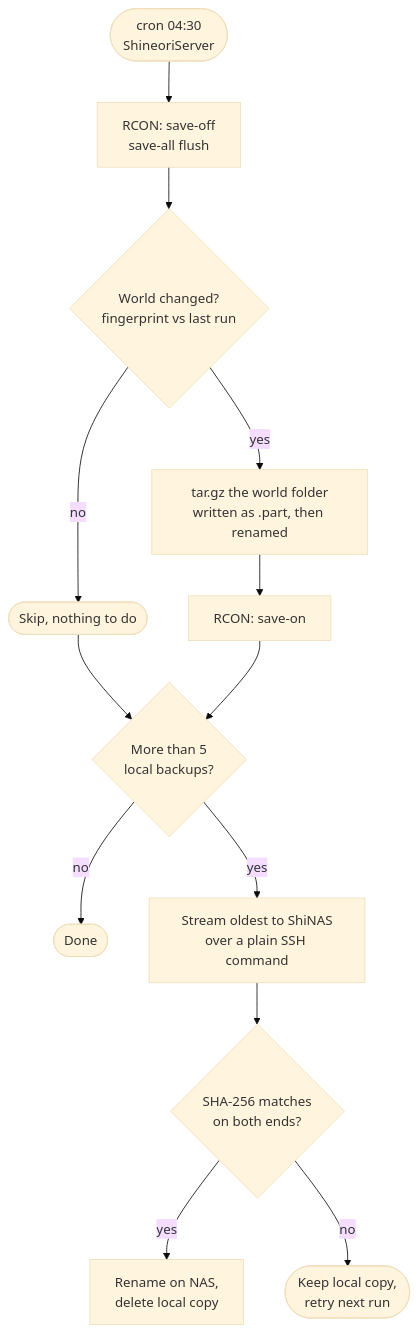
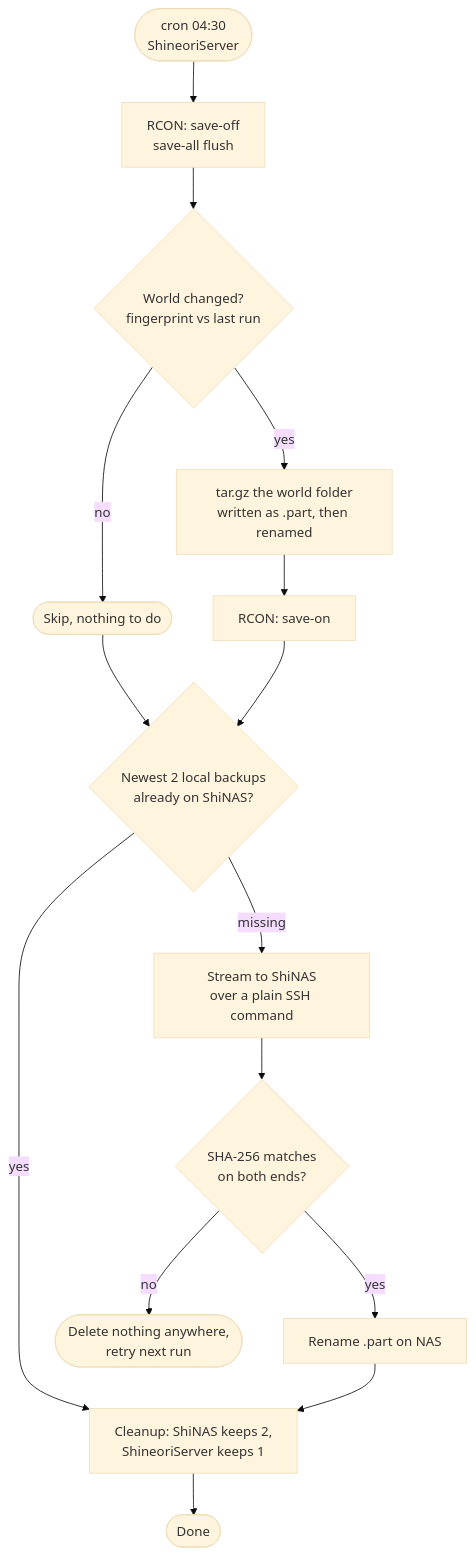
The diagram in docs/infrastructure/minecraft-backups.md (Shineori/homelab), drawn with Mermaid (base theme) before and after one commit. The commit also changed other lines of this file and 16 other files, not shown here.

First line of the commit message:
Backups: 3-2-1 done (PC + iCloud copy), Authentik backed up, 1-year retention; addy behind Cloudflare Access

````diff
--- a/docs/infrastructure/minecraft-backups.md
+++ b/docs/infrastructure/minecraft-backups.md
@@ -24,15 +26,16 @@
 ```mermaid
 flowchart TD
     cron([cron 04:30<br/>ShineoriServer]) --> flush[RCON: save-off<br/>save-all flush]
     flush --> fp{World changed?<br/>fingerprint vs last run}
     fp -- no --> skip([Skip, nothing to do])
     fp -- yes --> tar[tar.gz the world folder<br/>written as .part, then renamed]
     tar --> on[RCON: save-on]
-    skip --> rot
-    on --> rot{More than 5<br/>local backups?}
-    rot -- no --> done([Done])
-    rot -- yes --> up[Stream oldest to ShiNAS<br/>over a plain SSH command]
+    skip --> sync
+    on --> sync{Newest 2 local backups<br/>already on ShiNAS?}
+    sync -- yes --> clean
+    sync -- missing --> up[Stream to ShiNAS<br/>over a plain SSH command]
     up --> ver{SHA-256 matches<br/>on both ends?}
-    ver -- yes --> del[Rename on NAS,<br/>delete local copy]
-    ver -- no --> keep([Keep local copy,<br/>retry next run])
+    ver -- yes --> ren[Rename .part on NAS] --> clean[Cleanup: ShiNAS keeps 2,<br/>ShineoriServer keeps 1]
+    ver -- no --> keep([Delete nothing anywhere,<br/>retry next run])
+    clean --> done([Done])
 ```
````
